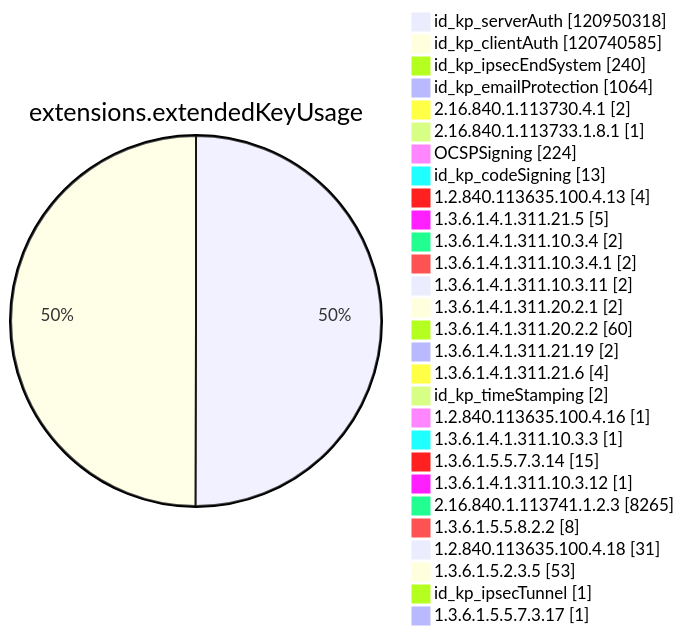
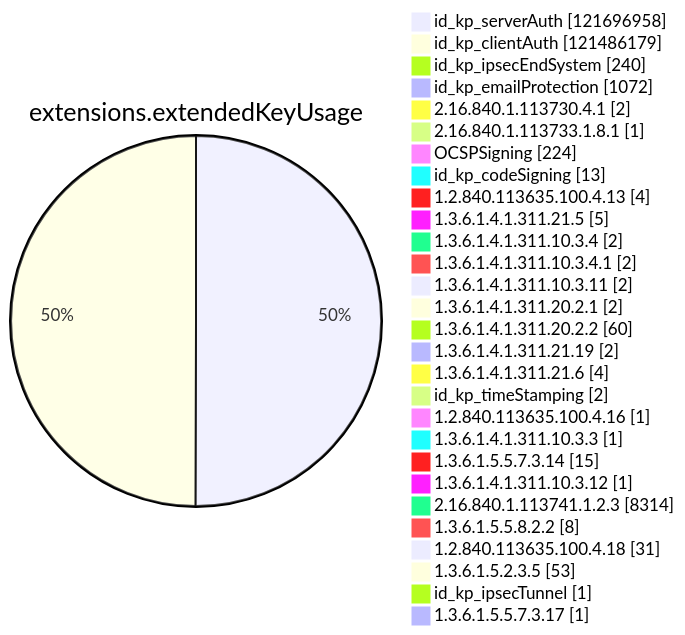
Before and after one commit to christiankrug/ctmonitor_visualization: diagram 11 of 15 in argon2023/README.md, drawn with Mermaid. The commit also changed other lines of this file, not shown here.

````diff
--- a/argon2023/README.md
+++ b/argon2023/README.md
@@ -2694,32 +2696,32 @@
 ```mermaid
 pie showData
 title extensions.extendedKeyUsage
-"id_kp_serverAuth" :120950318
-"id_kp_clientAuth" :120740585
+"id_kp_serverAuth" :121696958
+"id_kp_clientAuth" :121486179
 "id_kp_ipsecEndSystem" :240
-"id_kp_emailProtection" :1064
+"id_kp_emailProtection" :1072
 "2.16.840.1.113730.4.1" :2
 "2.16.840.1.113733.1.8.1" :1
 "OCSPSigning" :224
 "id_kp_codeSigning" :13
 "1.2.840.113635.100.4.13" :4
 "1.3.6.1.4.1.311.21.5" :5
 "1.3.6.1.4.1.311.10.3.4" :2
 "1.3.6.1.4.1.311.10.3.4.1" :2
 "1.3.6.1.4.1.311.10.3.11" :2
 "1.3.6.1.4.1.311.20.2.1" :2
 "1.3.6.1.4.1.311.20.2.2" :60
 "1.3.6.1.4.1.311.21.19" :2
 "1.3.6.1.4.1.311.21.6" :4
 "id_kp_timeStamping" :2
 "1.2.840.113635.100.4.16" :1
 "1.3.6.1.4.1.311.10.3.3" :1
 "1.3.6.1.5.5.7.3.14" :15
 "1.3.6.1.4.1.311.10.3.12" :1
-"2.16.840.1.113741.1.2.3" :8265
+"2.16.840.1.113741.1.2.3" :8314
 "1.3.6.1.5.5.8.2.2" :8
 "1.2.840.113635.100.4.18" :31
 "1.3.6.1.5.2.3.5" :53
 "id_kp_ipsecTunnel" :1
 "1.3.6.1.5.5.7.3.17" :1
 ```
````
